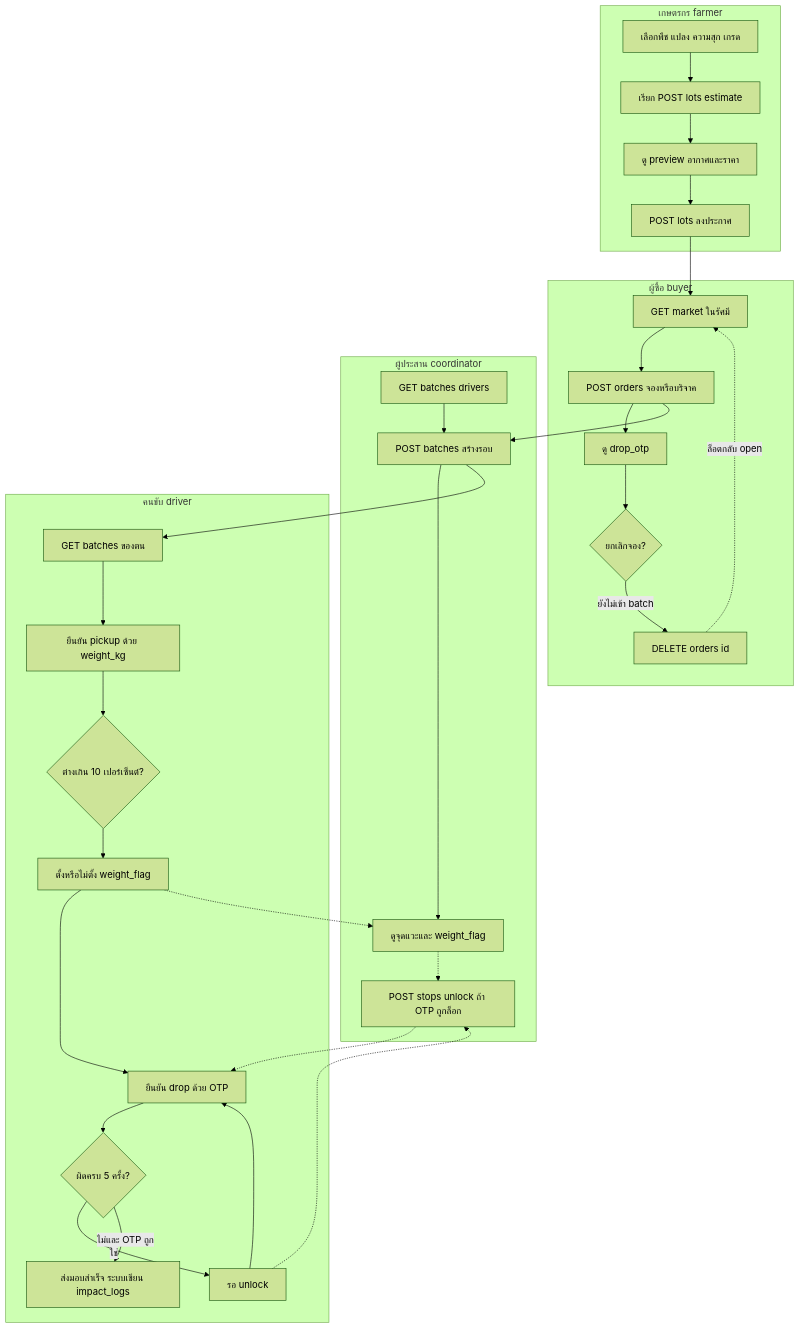
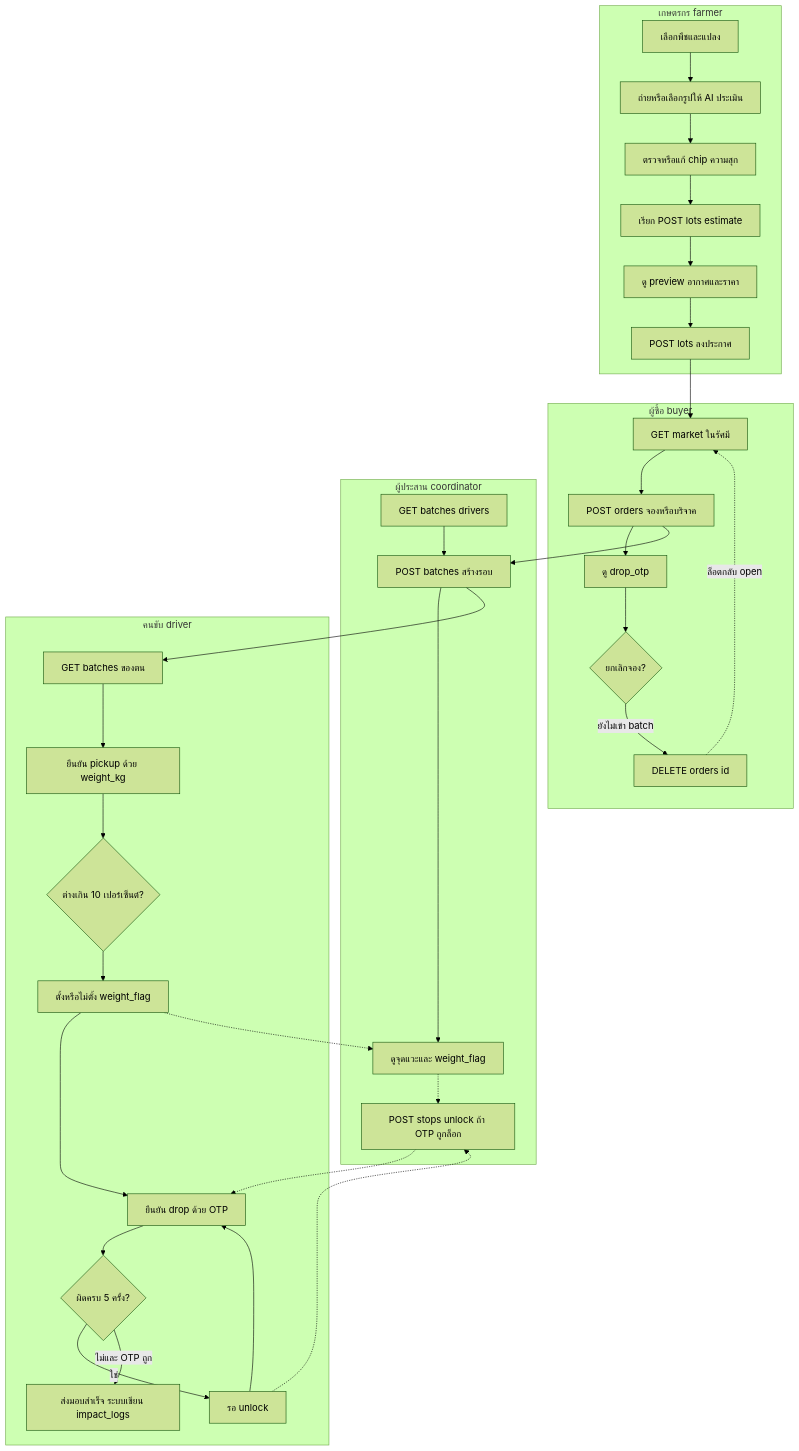
One commit to Supawit732/Agri-Rescue changed the second of 2 diagrams in docs/bpdd/business-flow.md. Above: the diagram before and after it, drawn with Mermaid (forest theme). The commit also changed other lines of this file and 7 other files, not shown here.

````diff
--- a/docs/bpdd/business-flow.md
+++ b/docs/bpdd/business-flow.md
@@ -44,51 +52,53 @@
 ```mermaid
 flowchart TB
   subgraph Farmer["เกษตรกร farmer"]
-    F1[เลือกพืช แปลง ความสุก เกรด]
-    F2[เรียก POST lots estimate]
-    F3[ดู preview อากาศและราคา]
-    F4[POST lots ลงประกาศ]
-    F1 --> F2 --> F3 --> F4
+    F0[เลือกพืชและแปลง]
+    F1[ถ่ายหรือเลือกรูปให้ AI ประเมิน]
+    F2[ตรวจหรือแก้ chip ความสุก]
+    F3[เรียก POST lots estimate]
+    F4[ดู preview อากาศและราคา]
+    F5[POST lots ลงประกาศ]
+    F0 --> F1 --> F2 --> F3 --> F4 --> F5
   end
 
   subgraph Buyer["ผู้ซื้อ buyer"]
     B1[GET market ในรัศมี]
     B2[POST orders จองหรือบริจาค]
     B3[ดู drop_otp]
     B4{ยกเลิกจอง?}
     B5[DELETE orders id]
     B1 --> B2 --> B3 --> B4
     B4 -->|ยังไม่เข้า batch| B5
   end
 
   subgraph Coordinator["ผู้ประสาน coordinator"]
     C1[GET batches drivers]
     C2[POST batches สร้างรอบ]
     C3[ดูจุดแวะและ weight_flag]
     C4[POST stops unlock ถ้า OTP ถูกล็อก]
     C1 --> C2 --> C3
     C3 -.-> C4
   end
 
   subgraph Driver["คนขับ driver"]
     D1[GET batches ของตน]
     D2[ยืนยัน pickup ด้วย weight_kg]
     D3{ต่างเกิน 10 เปอร์เซ็นต์?}
     D4[ตั้งหรือไม่ตั้ง weight_flag]
     D5[ยืนยัน drop ด้วย OTP]
     D6{ผิดครบ 5 ครั้ง?}
     D7[รอ unlock]
     D8[ส่งมอบสำเร็จ ระบบเขียน impact_logs]
     D1 --> D2 --> D3 --> D4 --> D5 --> D6
     D6 -->|ใช่| D7 --> D5
     D6 -->|ไม่และ OTP ถูก| D8
   end
 
-  F4 --> B1
+  F5 --> B1
   B2 --> C2
   B5 -.->|ล็อตกลับ open| B1
   C2 --> D1
   D4 -.-> C3
   D7 -.-> C4
   C4 -.-> D5
 ```
````
